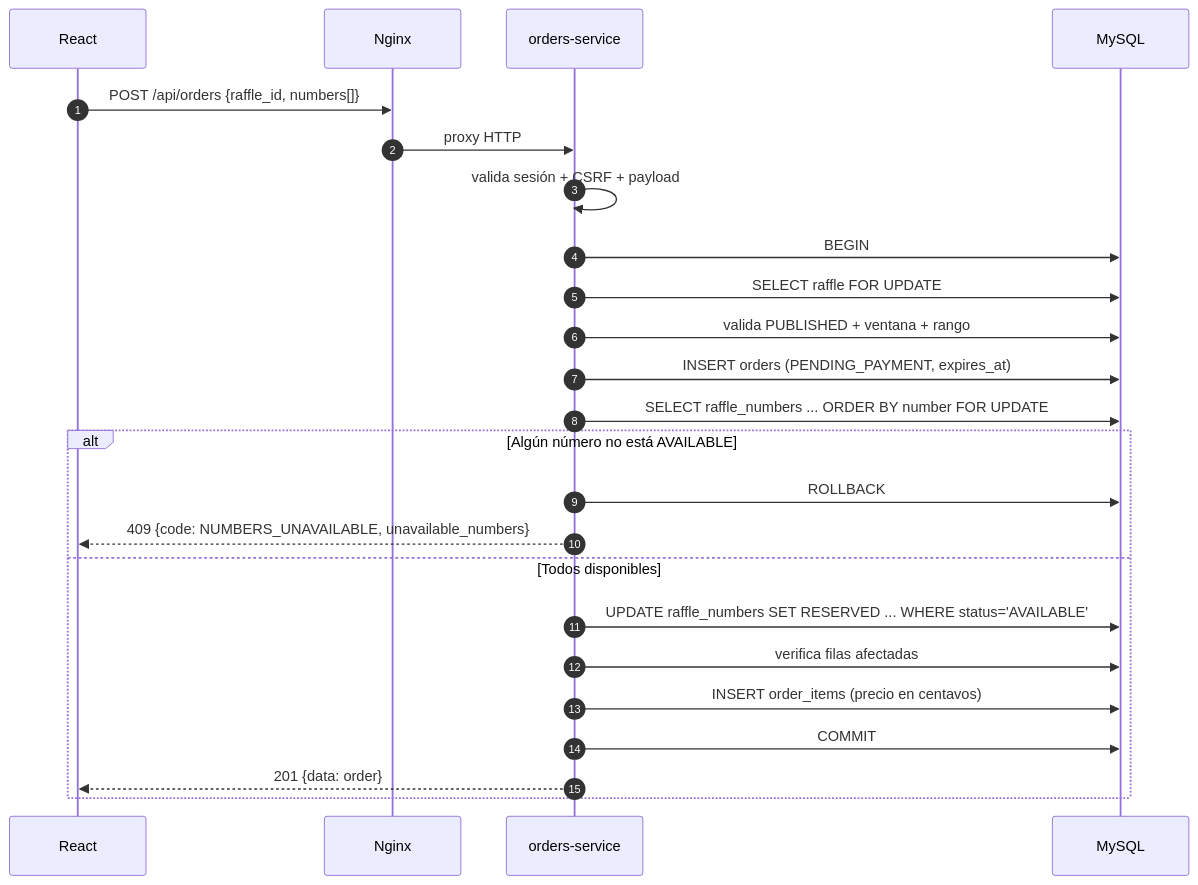
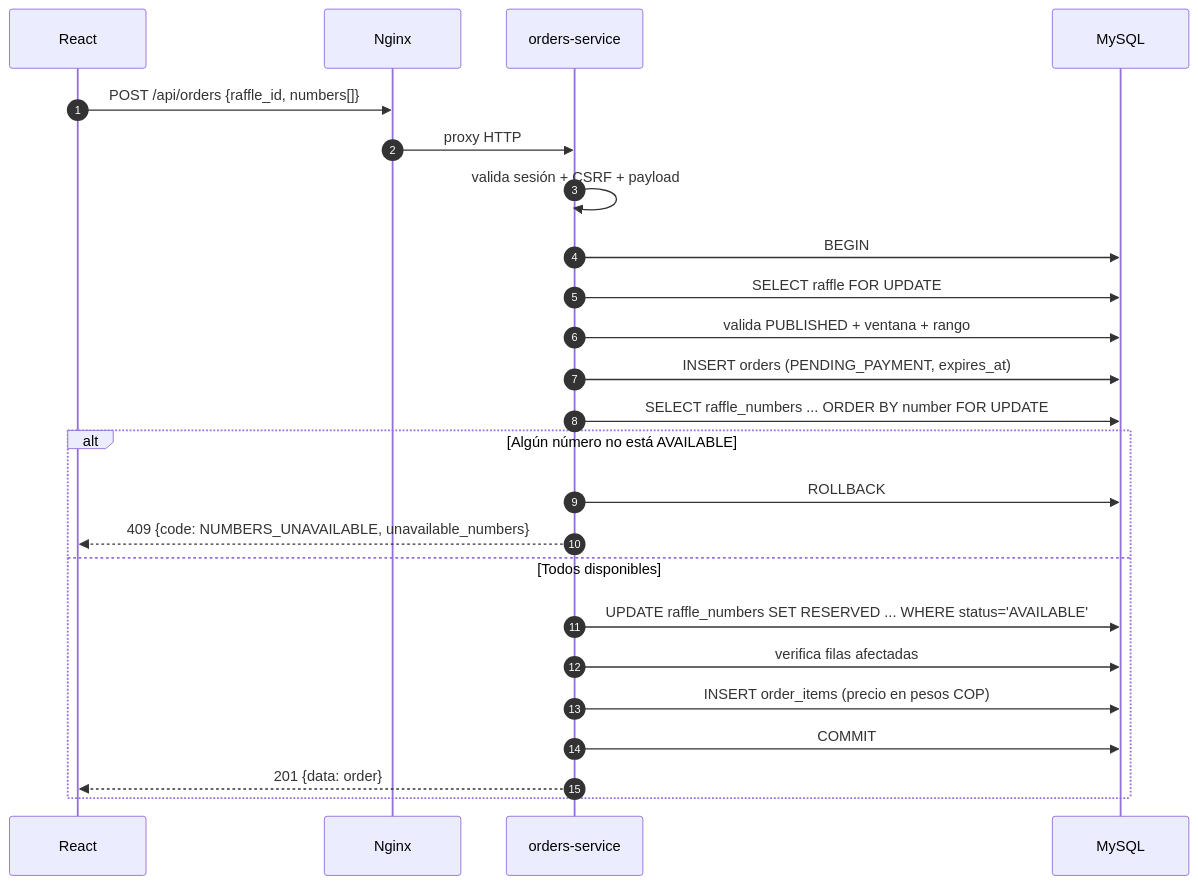
One commit to Juandab27/RifaCloud changed the fourth of 12 diagrams in docs/presentation/FLUJOS_TECNICOS.md. Above: the diagram before and after it, drawn with Mermaid. The commit also changed 54 other files, not shown here.

````diff
--- a/docs/presentation/FLUJOS_TECNICOS.md
+++ b/docs/presentation/FLUJOS_TECNICOS.md
@@ -211,27 +211,27 @@
 ```mermaid
 sequenceDiagram
     autonumber
     participant FE as React
     participant N as Nginx
     participant OS as orders-service
     participant DB as MySQL
 
     FE->>N: POST /api/orders {raffle_id, numbers[]}
     N->>OS: proxy HTTP
     OS->>OS: valida sesión + CSRF + payload
     OS->>DB: BEGIN
     OS->>DB: SELECT raffle FOR UPDATE
     OS->>DB: valida PUBLISHED + ventana + rango
     OS->>DB: INSERT orders (PENDING_PAYMENT, expires_at)
     OS->>DB: SELECT raffle_numbers ... ORDER BY number FOR UPDATE
     alt Algún número no está AVAILABLE
         OS->>DB: ROLLBACK
         OS-->>FE: 409 {code: NUMBERS_UNAVAILABLE, unavailable_numbers}
     else Todos disponibles
         OS->>DB: UPDATE raffle_numbers SET RESERVED ... WHERE status='AVAILABLE'
         OS->>DB: verifica filas afectadas
-        OS->>DB: INSERT order_items (precio en centavos)
+        OS->>DB: INSERT order_items (precio en pesos COP)
         OS->>DB: COMMIT
         OS-->>FE: 201 {data: order}
     end
 ```
````
